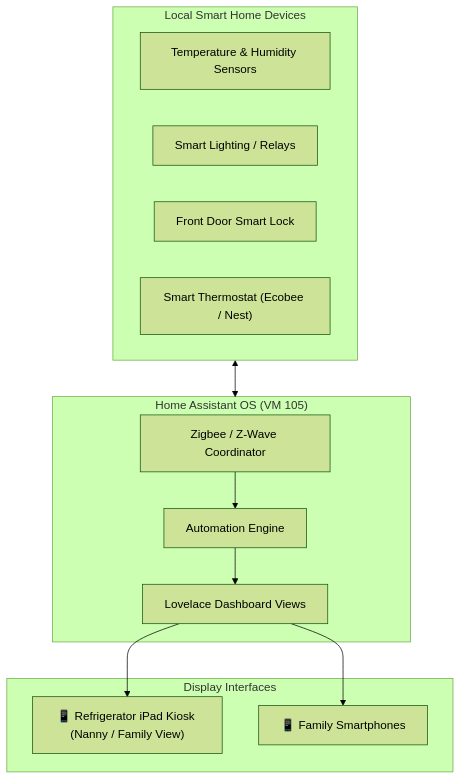
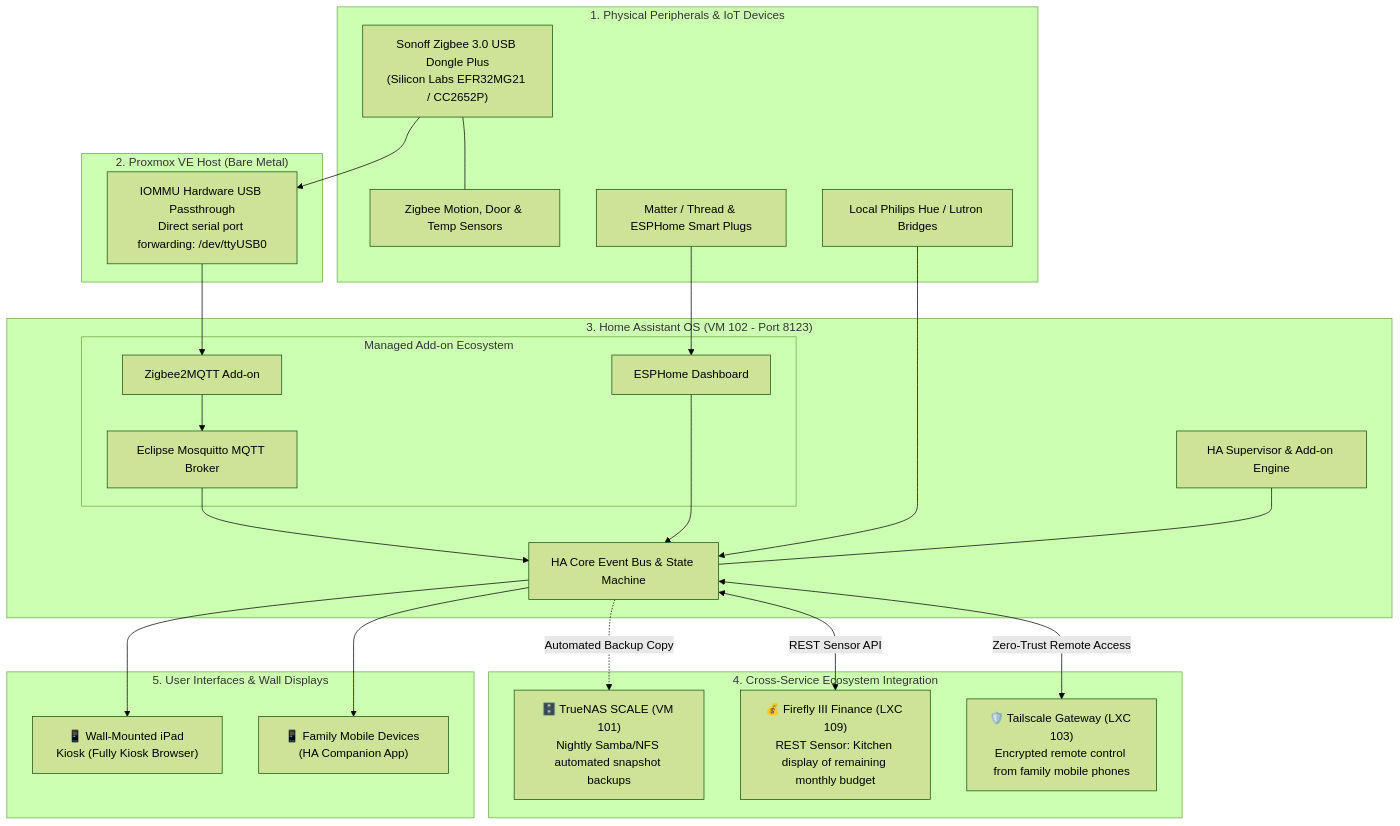
The diagram in services/home-assistant/README.md (nishilshah/homelab-blueprints), drawn with Mermaid (forest theme) before and after one commit. The commit also changed other lines of this file and 12 other files, not shown here.

Commit message:
docs: enrich all service blueprints with deep architecture, cross-service linkages, and decision rationale

````diff
--- a/services/home-assistant/README.md
+++ b/services/home-assistant/README.md
@@ -24,28 +26,50 @@
 ```mermaid
 flowchart TD
-    subgraph IoTDevices ["Local Smart Home Devices"]
-        Sensors["Temperature & Humidity Sensors"]
-        Lights["Smart Lighting / Relays"]
-        Locks["Front Door Smart Lock"]
-        Climate["Smart Thermostat (Ecobee / Nest)"]
+    subgraph PhysicalPeripherals ["1. Physical Peripherals & IoT Devices"]
+        ZigbeeUSB["Sonoff Zigbee 3.0 USB Dongle Plus<br/>(Silicon Labs EFR32MG21 / CC2652P)"]
+        Sensors["Zigbee Motion, Door & Temp Sensors"]
+        Plugs["Matter / Thread & ESPHome Smart Plugs"]
+        Lights["Local Philips Hue / Lutron Bridges"]
+        
+        ZigbeeUSB --- Sensors
     end
 
-    subgraph CoreHub ["Home Assistant OS (VM 105)"]
-        Zigbee["Zigbee / Z-Wave Coordinator"]
-        Automations["Automation Engine"]
-        Dashboards["Lovelace Dashboard Views"]
-        
-        Zigbee --> Automations
-        Automations --> Dashboards
+    subgraph HostHypervisor ["2. Proxmox VE Host (Bare Metal)"]
+        USBPass["IOMMU Hardware USB Passthrough<br/>Direct serial port forwarding: /dev/ttyUSB0"]
+        ZigbeeUSB --> USBPass
     end
 
-    IoTDevices <--> CoreHub
-
-    subgraph ClientInterfaces ["Display Interfaces"]
-        FridgeTablet["📱 Refrigerator iPad Kiosk (Nanny / Family View)"]
-        Mobile["📱 Family Smartphones"]
+    subgraph HAOS_VM ["3. Home Assistant OS (VM 102 - Port 8123)"]
+        CoreEngine["HA Core Event Bus & State Machine"]
+        Supervisor["HA Supervisor & Add-on Engine"]
+        
+        subgraph ManagedAddons ["Managed Add-on Ecosystem"]
+            Z2M["Zigbee2MQTT Add-on"]
+            MQTT["Eclipse Mosquitto MQTT Broker"]
+            ESPHome["ESPHome Dashboard"]
+        end
+        
+        USBPass --> Z2M --> MQTT --> CoreEngine
+        Plugs --> ESPHome --> CoreEngine
+        Lights --> CoreEngine
+        Supervisor --- CoreEngine
     end
 
-    Dashboards --> FridgeTablet
-    Dashboards --> Mobile
+    subgraph CrossLinkage ["4. Cross-Service Ecosystem Integration"]
+        NAS["🗄️ TrueNAS SCALE (VM 101)<br/>Nightly Samba/NFS automated snapshot backups"]
+        FF["💰 Firefly III Finance (LXC 109)<br/>REST Sensor: Kitchen display of remaining monthly budget"]
+        Tailscale["🛡️ Tailscale Gateway (LXC 103)<br/>Encrypted remote control from family mobile phones"]
+    end
+
+    CoreEngine -.->|Automated Backup Copy| NAS
+    CoreEngine <-->|REST Sensor API| FF
+    CoreEngine <-->|Zero-Trust Remote Access| Tailscale
+
+    subgraph ClientInterfaces ["5. User Interfaces & Wall Displays"]
+        Tablet["📱 Wall-Mounted iPad Kiosk (Fully Kiosk Browser)"]
+        Phones["📱 Family Mobile Devices (HA Companion App)"]
+    end
+
+    CoreEngine --> Tablet
+    CoreEngine --> Phones
 ```
````
